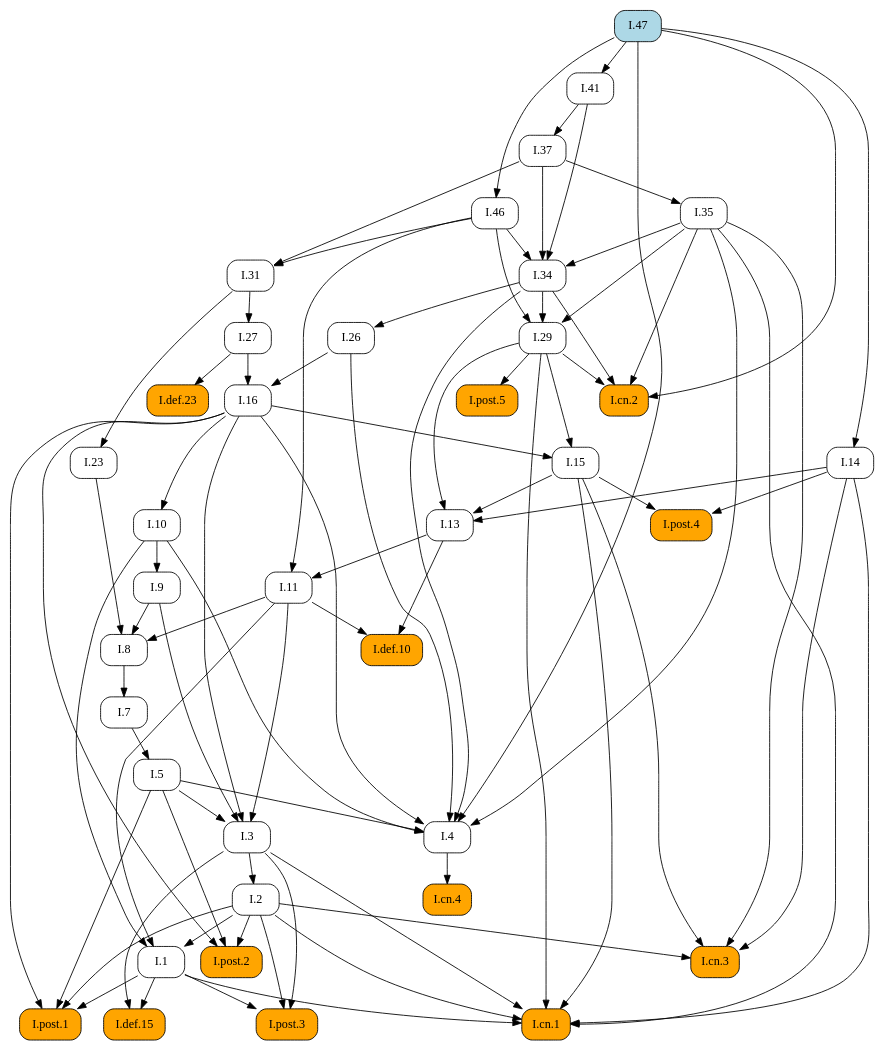
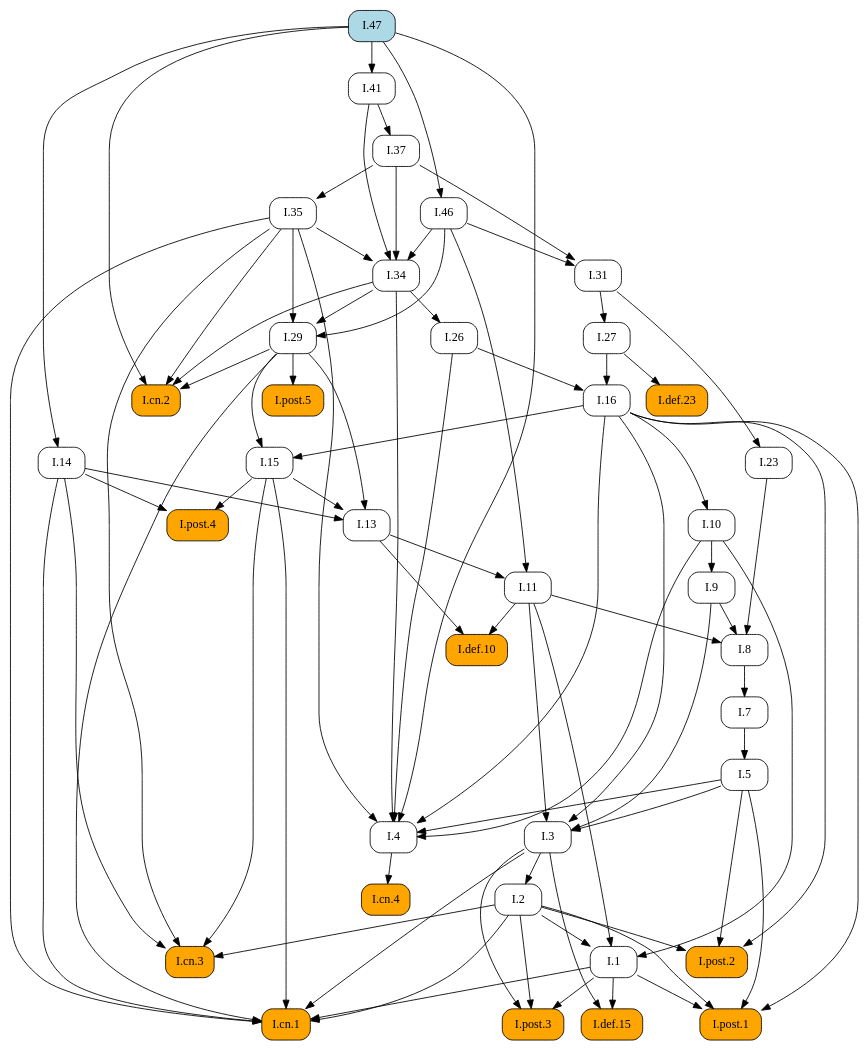
Before and after one commit to geometor/elements: the diagram in docsrc/elements2/I/47/index.rst, drawn with Graphviz. The commit also changed other lines of this file and 171 other files, not shown here.

```diff
--- a/docsrc/elements2/I/47/index.rst
+++ b/docsrc/elements2/I/47/index.rst
@@ -110,74 +110,107 @@
    digraph {
      rankdir="TB";
      node [shape=box, style=rounded];
+     "I.8" [URL="/elements2/I/8/", target="_top"];
+     "I.46" [URL="/elements2/I/46/", target="_top"];
+     "I.post.1" [style="rounded,filled", fillcolor=orange, URL="/elements2/I/post.1/", target="_top"];
+     "I.14" [URL="/elements2/I/14/", target="_top"];
+     "I.47" [style="rounded,filled", fillcolor=lightblue, URL="/elements2/I/47/", target="_top"];
+     "I.5" [URL="/elements2/I/5/", target="_top"];
+     "I.post.5" [style="rounded,filled", fillcolor=orange, URL="/elements2/I/post.5/", target="_top"];
+     "I.def.10" [style="rounded,filled", fillcolor=orange, URL="/elements2/I/def.10/", target="_top"];
+     "I.cn.2" [style="rounded,filled", fillcolor=orange, URL="/elements2/I/cn.2/", target="_top"];
+     "I.def.15" [style="rounded,filled", fillcolor=orange, URL="/elements2/I/def.15/", target="_top"];
+     "I.31" [URL="/elements2/I/31/", target="_top"];
+     "I.11" [URL="/elements2/I/11/", target="_top"];
+     "I.3" [URL="/elements2/I/3/", target="_top"];
+     "I.def.23" [style="rounded,filled", fillcolor=orange, URL="/elements2/I/def.23/", target="_top"];
+     "I.post.2" [style="rounded,filled", fillcolor=orange, URL="/elements2/I/post.2/", target="_top"];
+     "I.26" [URL="/elements2/I/26/", target="_top"];
+     "I.cn.3" [style="rounded,filled", fillcolor=orange, URL="/elements2/I/cn.3/", target="_top"];
+     "I.cn.4" [style="rounded,filled", fillcolor=orange, URL="/elements2/I/cn.4/", target="_top"];
+     "I.1" [URL="/elements2/I/1/", target="_top"];
+     "I.7" [URL="/elements2/I/7/", target="_top"];
+     "I.9" [URL="/elements2/I/9/", target="_top"];
+     "I.cn.1" [style="rounded,filled", fillcolor=orange, URL="/elements2/I/cn.1/", target="_top"];
+     "I.29" [URL="/elements2/I/29/", target="_top"];
+     "I.post.4" [style="rounded,filled", fillcolor=orange, URL="/elements2/I/post.4/", target="_top"];
+     "I.16" [URL="/elements2/I/16/", target="_top"];
+     "I.13" [URL="/elements2/I/13/", target="_top"];
+     "I.41" [URL="/elements2/I/41/", target="_top"];
+     "I.35" [URL="/elements2/I/35/", target="_top"];
+     "I.2" [URL="/elements2/I/2/", target="_top"];
      "I.37" [URL="/elements2/I/37/", target="_top"];
-     "I.def.10" [style="rounded,filled", fillcolor=orange, URL="/elements2/I/def.10/", target="_top"];
-     "I.46" [URL="/elements2/I/46/", target="_top"];
-     "I.47" [style="rounded,filled", fillcolor=lightblue, URL="/elements2/I/47/", target="_top"];
+     "I.27" [URL="/elements2/I/27/", target="_top"];
+     "I.4" [URL="/elements2/I/4/", target="_top"];
+     "I.10" [URL="/elements2/I/10/", target="_top"];
+     "I.15" [URL="/elements2/I/15/", target="_top"];
      "I.34" [URL="/elements2/I/34/", target="_top"];
-     "I.cn.4" [style="rounded,filled", fillcolor=orange, URL="/elements2/I/cn.4/", target="_top"];
-     "I.def.15" [style="rounded,filled", fillcolor=orange, URL="/elements2/I/def.15/", target="_top"];
+     "I.23" [URL="/elements2/I/23/", target="_top"];
      "I.post.3" [style="rounded,filled", fillcolor=orange, URL="/elements2/I/post.3/", target="_top"];
-     "I.41" [URL="/elements2/I/41/", target="_top"];
-     "I.27" [URL="/elements2/I/27/", target="_top"];
-     "I.post.2" [style="rounded,filled", fillcolor=orange, URL="/elements2/I/post.2/", target="_top"];
-     "I.13" [URL="/elements2/I/13/", target="_top"];
-     "I.10" [URL="/elements2/I/10/", target="_top"];
-     "I.post.1" [style="rounded,filled", fillcolor=orange, URL="/elements2/I/post.1/", target="_top"];
-     "I.7" [URL="/elements2/I/7/", target="_top"];
-     "I.14" [URL="/elements2/I/14/", target="_top"];
-     "I.11" [URL="/elements2/I/11/", target="_top"];
-     "I.4" [URL="/elements2/I/4/", target="_top"];
-     "I.16" [URL="/elements2/I/16/", target="_top"];
-     "I.def.23" [style="rounded,filled", fillcolor=orange, URL="/elements2/I/def.23/", target="_top"];
-     "I.9" [URL="/elements2/I/9/", target="_top"];
-     "I.8" [URL="/elements2/I/8/", target="_top"];
-     "I.cn.2" [style="rounded,filled", fillcolor=orange, URL="/elements2/I/cn.2/", target="_top"];
-     "I.15" [URL="/elements2/I/15/", target="_top"];
-     "I.26" [URL="/elements2/I/26/", target="_top"];
-     "I.post.5" [style="rounded,filled", fillcolor=orange, URL="/elements2/I/post.5/", target="_top"];
-     "I.23" [URL="/elements2/I/23/", target="_top"];
-     "I.2" [URL="/elements2/I/2/", target="_top"];
-     "I.1" [URL="/elements2/I/1/", target="_top"];
-     "I.35" [URL="/elements2/I/35/", target="_top"];
-     "I.31" [URL="/elements2/I/31/", target="_top"];
-     "I.post.4" [style="rounded,filled", fillcolor=orange, URL="/elements2/I/post.4/", target="_top"];
-     "I.cn.1" [style="rounded,filled", fillcolor=orange, URL="/elements2/I/cn.1/", target="_top"];
-     "I.3" [URL="/elements2/I/3/", target="_top"];
-     "I.cn.3" [style="rounded,filled", fillcolor=orange, URL="/elements2/I/cn.3/", target="_top"];
-     "I.29" [URL="/elements2/I/29/", target="_top"];
-     "I.5" [URL="/elements2/I/5/", target="_top"];
-     "I.41" -> "I.37";
-     "I.11" -> "I.def.10";
-     "I.13" -> "I.def.10";
+     "I.9" -> "I.8";
+     "I.11" -> "I.8";
+     "I.23" -> "I.8";
      "I.47" -> "I.46";
-     "I.35" -> "I.34";
-     "I.37" -> "I.34";
-     "I.41" -> "I.34";
-     "I.46" -> "I.34";
-     "I.4" -> "I.cn.4";
-     "I.1" -> "I.def.15";
-     "I.3" -> "I.def.15";
-     "I.1" -> "I.post.3";
-     "I.2" -> "I.post.3";
-     "I.3" -> "I.post.3";
-     "I.47" -> "I.41";
-     "I.31" -> "I.27";
-     "I.2" -> "I.post.2";
-     "I.5" -> "I.post.2";
-     "I.16" -> "I.post.2";
-     "I.14" -> "I.13";
-     "I.15" -> "I.13";
-     "I.29" -> "I.13";
-     "I.16" -> "I.10";
      "I.1" -> "I.post.1";
      "I.2" -> "I.post.1";
      "I.5" -> "I.post.1";
      "I.16" -> "I.post.1";
-     "I.8" -> "I.7";
      "I.47" -> "I.14";
+     "I.7" -> "I.5";
+     "I.29" -> "I.post.5";
+     "I.11" -> "I.def.10";
+     "I.13" -> "I.def.10";
+     "I.29" -> "I.cn.2";
+     "I.34" -> "I.cn.2";
+     "I.35" -> "I.cn.2";
+     "I.47" -> "I.cn.2";
+     "I.1" -> "I.def.15";
+     "I.3" -> "I.def.15";
+     "I.37" -> "I.31";
+     "I.46" -> "I.31";
      "I.13" -> "I.11";
      "I.46" -> "I.11";
+     "I.5" -> "I.3";
+     "I.9" -> "I.3";
+     "I.11" -> "I.3";
+     "I.16" -> "I.3";
+     "I.27" -> "I.def.23";
+     "I.2" -> "I.post.2";
+     "I.5" -> "I.post.2";
+     "I.16" -> "I.post.2";
+     "I.34" -> "I.26";
+     "I.2" -> "I.cn.3";
+     "I.14" -> "I.cn.3";
+     "I.15" -> "I.cn.3";
+     "I.35" -> "I.cn.3";
+     "I.4" -> "I.cn.4";
+     "I.2" -> "I.1";
+     "I.10" -> "I.1";
+     "I.11" -> "I.1";
+     "I.8" -> "I.7";
+     "I.10" -> "I.9";
+     "I.1" -> "I.cn.1";
+     "I.2" -> "I.cn.1";
+     "I.3" -> "I.cn.1";
+     "I.14" -> "I.cn.1";
+     "I.15" -> "I.cn.1";
+     "I.29" -> "I.cn.1";
+     "I.35" -> "I.cn.1";
+     "I.34" -> "I.29";
+     "I.35" -> "I.29";
+     "I.46" -> "I.29";
+     "I.14" -> "I.post.4";
+     "I.15" -> "I.post.4";
+     "I.26" -> "I.16";
+     "I.27" -> "I.16";
+     "I.14" -> "I.13";
+     "I.15" -> "I.13";
+     "I.29" -> "I.13";
+     "I.47" -> "I.41";
+     "I.37" -> "I.35";
+     "I.3" -> "I.2";
+     "I.41" -> "I.37";
+     "I.31" -> "I.27";
      "I.5" -> "I.4";
      "I.10" -> "I.4";
      "I.16" -> "I.4";
@@ -185,48 +218,15 @@
      "I.34" -> "I.4";
      "I.35" -> "I.4";
      "I.47" -> "I.4";
-     "I.26" -> "I.16";
-     "I.27" -> "I.16";
-     "I.27" -> "I.def.23";
-     "I.10" -> "I.9";
-     "I.9" -> "I.8";
-     "I.11" -> "I.8";
-     "I.23" -> "I.8";
-     "I.29" -> "I.cn.2";
-     "I.34" -> "I.cn.2";
-     "I.35" -> "I.cn.2";
-     "I.47" -> "I.cn.2";
+     "I.16" -> "I.10";
      "I.16" -> "I.15";
      "I.29" -> "I.15";
-     "I.34" -> "I.26";
-     "I.29" -> "I.post.5";
+     "I.35" -> "I.34";
+     "I.37" -> "I.34";
+     "I.41" -> "I.34";
+     "I.46" -> "I.34";
      "I.31" -> "I.23";
-     "I.3" -> "I.2";
-     "I.2" -> "I.1";
-     "I.10" -> "I.1";
-     "I.11" -> "I.1";
-     "I.37" -> "I.35";
-     "I.37" -> "I.31";
-     "I.46" -> "I.31";
-     "I.14" -> "I.post.4";
-     "I.15" -> "I.post.4";
-     "I.1" -> "I.cn.1";
-     "I.2" -> "I.cn.1";
-     "I.3" -> "I.cn.1";
-     "I.14" -> "I.cn.1";
-     "I.15" -> "I.cn.1";
-     "I.29" -> "I.cn.1";
-     "I.35" -> "I.cn.1";
-     "I.5" -> "I.3";
-     "I.9" -> "I.3";
-     "I.11" -> "I.3";
-     "I.16" -> "I.3";
-     "I.2" -> "I.cn.3";
-     "I.14" -> "I.cn.3";
-     "I.15" -> "I.cn.3";
-     "I.35" -> "I.cn.3";
-     "I.34" -> "I.29";
-     "I.35" -> "I.29";
-     "I.46" -> "I.29";
-     "I.7" -> "I.5";
+     "I.1" -> "I.post.3";
+     "I.2" -> "I.post.3";
+     "I.3" -> "I.post.3";
    }
```
